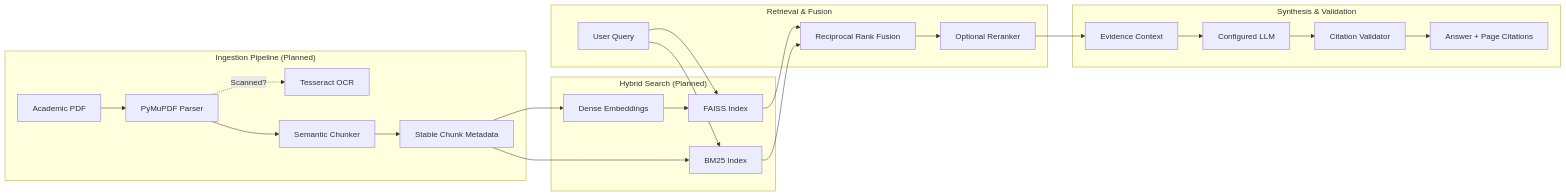
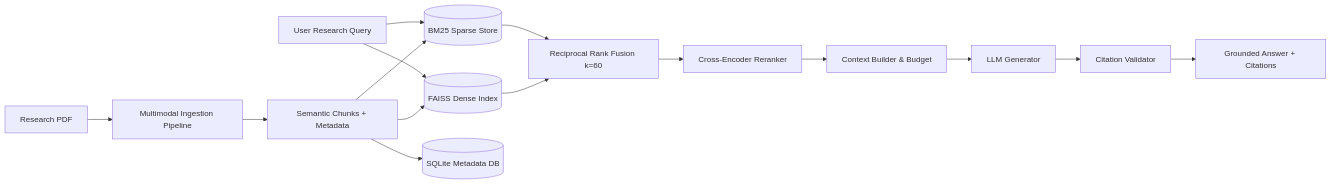
Before and after one commit to gaurikadalge/DL-cp: the diagram in README.md, drawn with Mermaid. The commit also changed other lines of this file and 59 other files, not shown here.

````diff
--- a/README.md
+++ b/README.md
@@ -59,29 +30,18 @@
 ```mermaid
-flowchart LR
-    subgraph Ingestion ["Ingestion Pipeline (Planned)"]
-        PDF["Academic PDF"] --> Parser["PyMuPDF Parser"]
-        Parser -. Scanned? .-> OCR["Tesseract OCR"]
-        Parser --> Chunk["Semantic Chunker"]
-        Chunk --> Meta["Stable Chunk Metadata"]
-    end
-
-    subgraph Indexing ["Hybrid Search (Planned)"]
-        Meta --> Embed["Dense Embeddings"] --> FAISS["FAISS Index"]
-        Meta --> BM25["BM25 Index"]
-    end
-
-    subgraph Retrieval ["Retrieval & Fusion"]
-        Query["User Query"] --> FAISS
-        Query --> BM25
-        FAISS --> RRF["Reciprocal Rank Fusion"]
-        BM25 --> RRF
-        RRF --> Rerank["Optional Reranker"]
-    end
-
-    subgraph Generation ["Synthesis & Validation"]
-        Rerank --> Context["Evidence Context"]
-        Context --> LLM["Configured LLM"]
-        LLM --> CitationCheck["Citation Validator"]
-        CitationCheck --> Output["Answer + Page Citations"]
-    end
+graph LR
+    PDF[Research PDF] --> Ingestion[Multimodal Ingestion Pipeline]
+    Ingestion --> Chunks[Semantic Chunks + Metadata]
+    Chunks --> FAISS[(FAISS Dense Index)]
+    Chunks --> BM25[(BM25 Sparse Store)]
+    Chunks --> SQLite[(SQLite Metadata DB)]
+    
+    Query[User Research Query] --> FAISS
+    Query --> BM25
+    FAISS --> RRF[Reciprocal Rank Fusion k=60]
+    BM25 --> RRF
+    RRF --> Rerank[Cross-Encoder Reranker]
+    Rerank --> Context[Context Builder & Budget]
+    Context --> LLM[LLM Generator]
+    LLM --> Citations[Citation Validator]
+    Citations --> Response[Grounded Answer + Citations]
 ```
````
